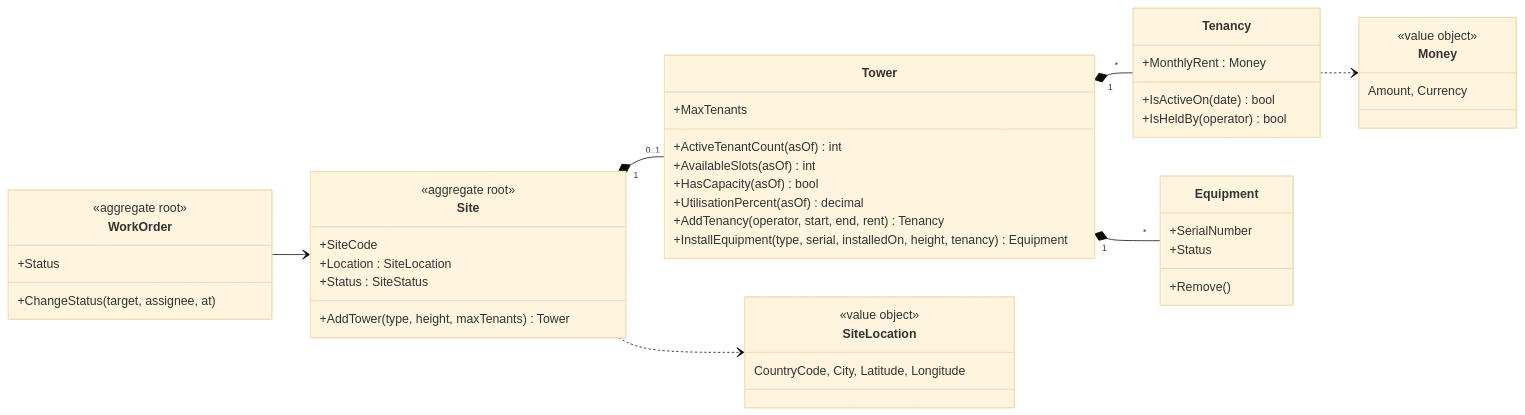
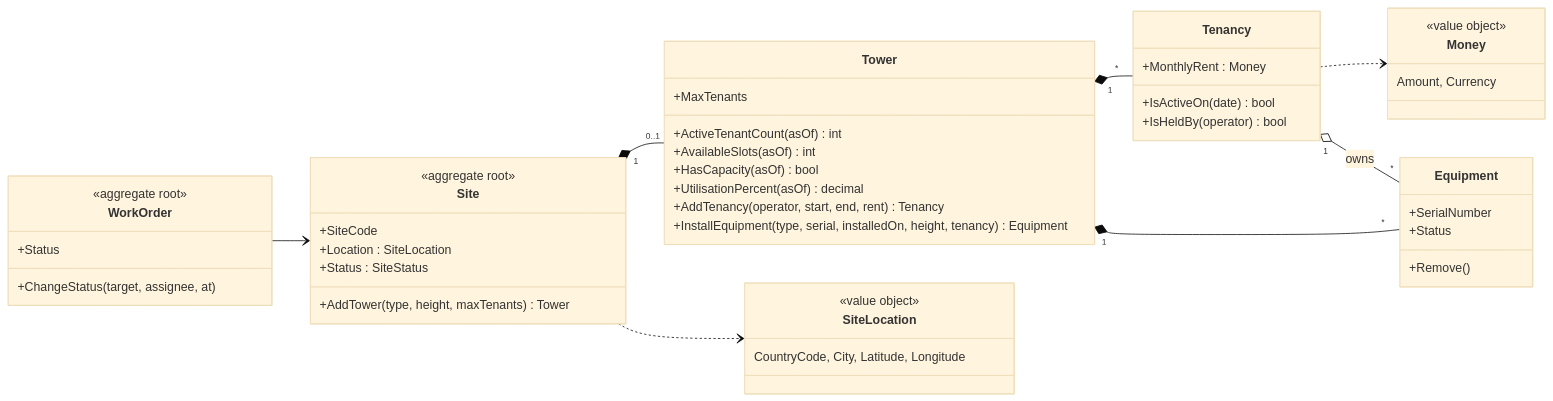
One commit to prasanna-allu-dev/TowerCo_Mgmt changed the fourth of 9 diagrams in docs/architecture/2026-11-02_19-06-37_backend-architecture.md. Above: the diagram before and after it, drawn with Mermaid (base theme). The commit also changed other lines of this file and 100 other files, not shown here.

````diff
--- a/docs/architecture/2026-11-02_19-06-37_backend-architecture.md
+++ b/docs/architecture/2026-11-02_19-06-37_backend-architecture.md
@@ -220,49 +220,50 @@
 ```mermaid
 classDiagram
     direction LR
     class Site {
         <<aggregate root>>
         +SiteCode
         +Location : SiteLocation
         +Status : SiteStatus
         +AddTower(type, height, maxTenants) Tower
     }
     class Tower {
         +MaxTenants
         +ActiveTenantCount(asOf) int
         +AvailableSlots(asOf) int
         +HasCapacity(asOf) bool
         +UtilisationPercent(asOf) decimal
         +AddTenancy(operator, start, end, rent) Tenancy
         +InstallEquipment(type, serial, installedOn, height, tenancy) Equipment
     }
     class Tenancy {
         +MonthlyRent : Money
         +IsActiveOn(date) bool
         +IsHeldBy(operator) bool
     }
     class Equipment {
         +SerialNumber
         +Status
         +Remove()
     }
     class WorkOrder {
         <<aggregate root>>
         +Status
         +ChangeStatus(target, assignee, at)
     }
     class SiteLocation {
         <<value object>>
         CountryCode, City, Latitude, Longitude
     }
     class Money {
         <<value object>>
         Amount, Currency
     }
     Site "1" *-- "0..1" Tower
     Tower "1" *-- "*" Tenancy
     Tower "1" *-- "*" Equipment
     Site ..> SiteLocation
     Tenancy ..> Money
+    Tenancy "1" o-- "*" Equipment : owns
     WorkOrder --> Site
 ```
````
